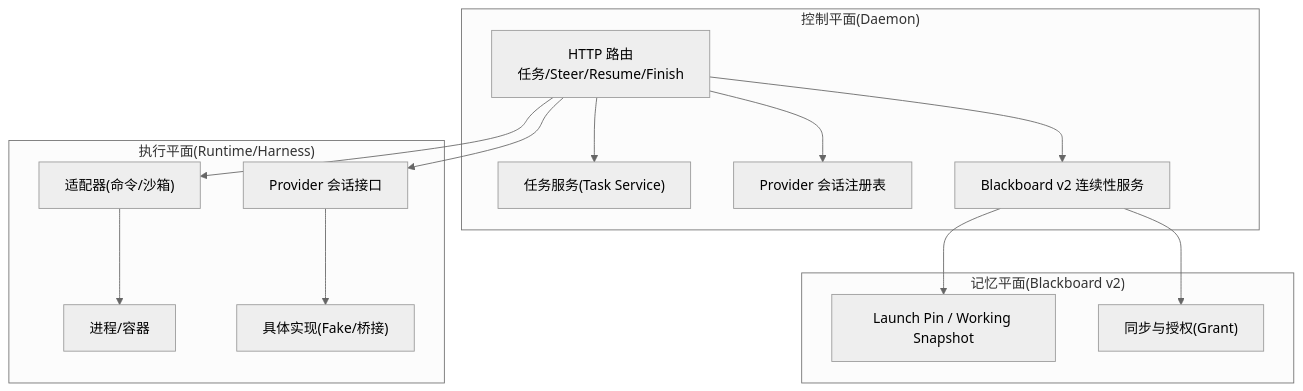
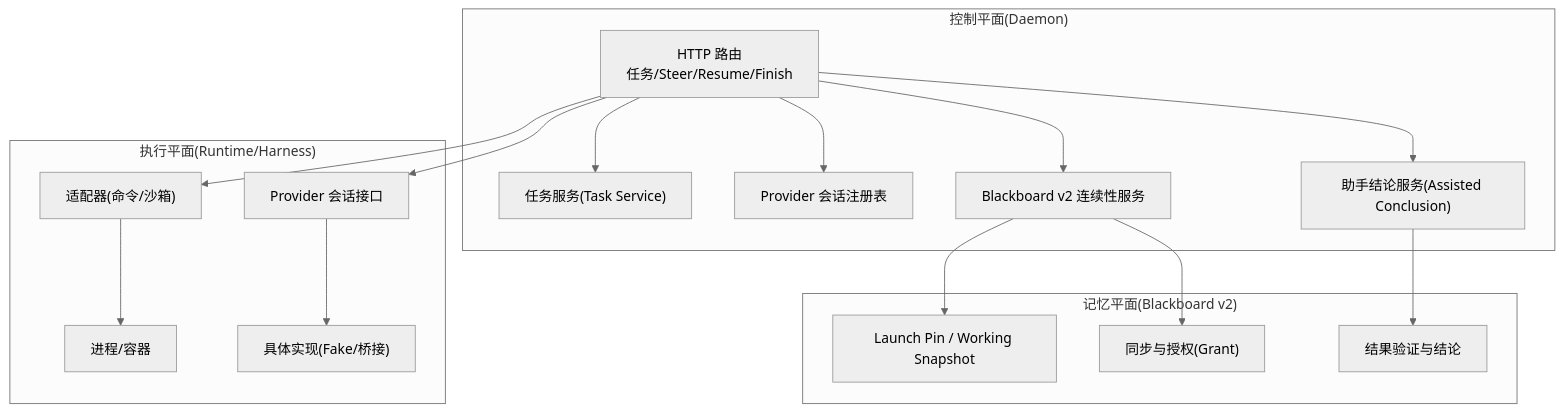
One commit to n1majne3/CyberPenda changed the first of 12 diagrams in .qoder/repowiki/zh/content/核心架构/控制平面 - Daemon服务/任务生命周期管理/任务生命周期管理.md. Above: the diagram before and after it, drawn with Mermaid (neutral theme). The commit also changed other lines of this file and 6 other files, not shown here.

````diff
--- a/.qoder/repowiki/zh/content/核心架构/控制平面 - Daemon服务/任务生命周期管理/任务生命周期管理.md
+++ b/.qoder/repowiki/zh/content/核心架构/控制平面 - Daemon服务/任务生命周期管理/任务生命周期管理.md
@@ -40,20 +58,23 @@
 ```mermaid
 graph TB
 subgraph "控制平面(Daemon)"
 A["HTTP 路由<br/>任务/Steer/Resume/Finish"] --> B["任务服务(Task Service)"]
 A --> C["Provider 会话注册表"]
 A --> D["Blackboard v2 连续性服务"]
+A --> E["助手结论服务(Assisted Conclusion)"]
 end
 subgraph "执行平面(Runtime/Harness)"
-E["适配器(命令/沙箱)"] --> F["进程/容器"]
-G["Provider 会话接口"] --> H["具体实现(Fake/桥接)"]
+F["适配器(命令/沙箱)"] --> G["进程/容器"]
+H["Provider 会话接口"] --> I["具体实现(Fake/桥接)"]
 end
 subgraph "记忆平面(Blackboard v2)"
-I["Launch Pin / Working Snapshot"]
-J["同步与授权(Grant)"]
+J["Launch Pin / Working Snapshot"]
+K["同步与授权(Grant)"]
+L["结果验证与结论"]
 end
-A --> E
-A --> G
-D --> I
+A --> F
+A --> H
 D --> J
+D --> K
+E --> L
 ```
````
